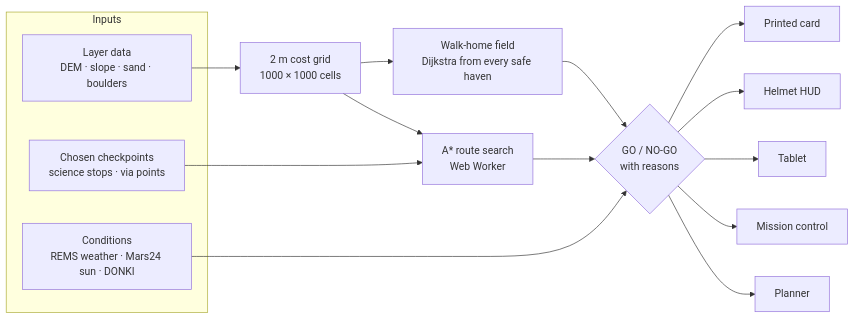
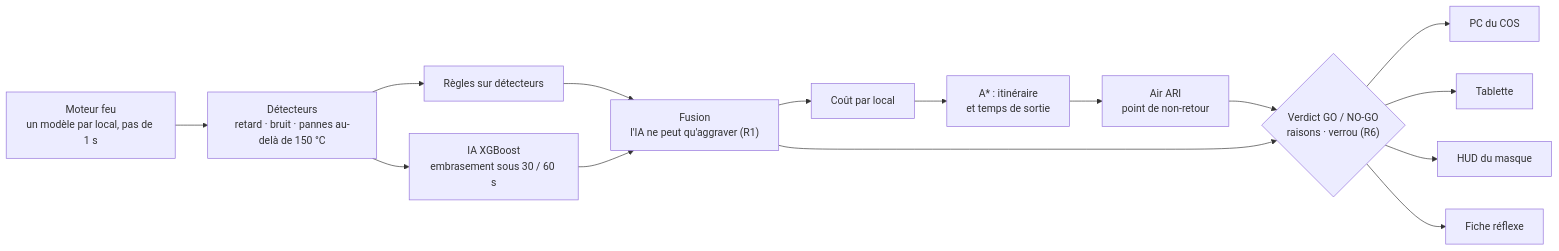
Before and after one commit to ymhamdi/SAQROPS_198: the diagram in README.md, drawn with Mermaid. The commit also changed other lines of this file and 4 other files, not shown here.

First line of the commit message:
docs: French model report, README and credits, architecture notes

````diff
--- a/README.md
+++ b/README.md
@@ -130,20 +51,17 @@
 ```mermaid
 flowchart LR
-  subgraph IN[Inputs]
-    L[Layer data<br/>DEM · slope · sand · boulders]
-    C[Chosen checkpoints<br/>science stops · via points]
-    W[Conditions<br/>REMS weather · Mars24 sun · DONKI]
-  end
-  L --> G[2 m cost grid<br/>1000 × 1000 cells]
-  G --> A[A* route search<br/>Web Worker]
-  C --> A
-  G --> H[Walk-home field<br/>Dijkstra from every safe haven]
-  A --> J{GO / NO-GO<br/>with reasons}
-  H --> J
-  W --> J
-  J --> P[Planner]
-  J --> M[Mission control]
-  J --> T[Tablet]
-  J --> V[Helmet HUD]
-  J --> K[Printed card]
+  F["Moteur feu<br/>un modèle par local, pas de 1 s"] --> D["Détecteurs<br/>retard · bruit · pannes au-delà de 150 °C"]
+  D --> RG["Règles sur détecteurs"]
+  D --> IA["IA XGBoost<br/>embrasement sous 30 / 60 s"]
+  RG --> M["Fusion<br/>l'IA ne peut qu'aggraver (R1)"]
+  IA --> M
+  M --> C["Coût par local"]
+  C --> A["A* : itinéraire<br/>et temps de sortie"]
+  A --> AIR["Air ARI<br/>point de non-retour"]
+  AIR --> V{"Verdict GO / NO-GO<br/>raisons · verrou (R6)"}
+  M --> V
+  V --> PC["PC du COS"]
+  V --> T["Tablette"]
+  V --> H["HUD du masque"]
+  V --> K["Fiche réflexe"]
 ```
````
